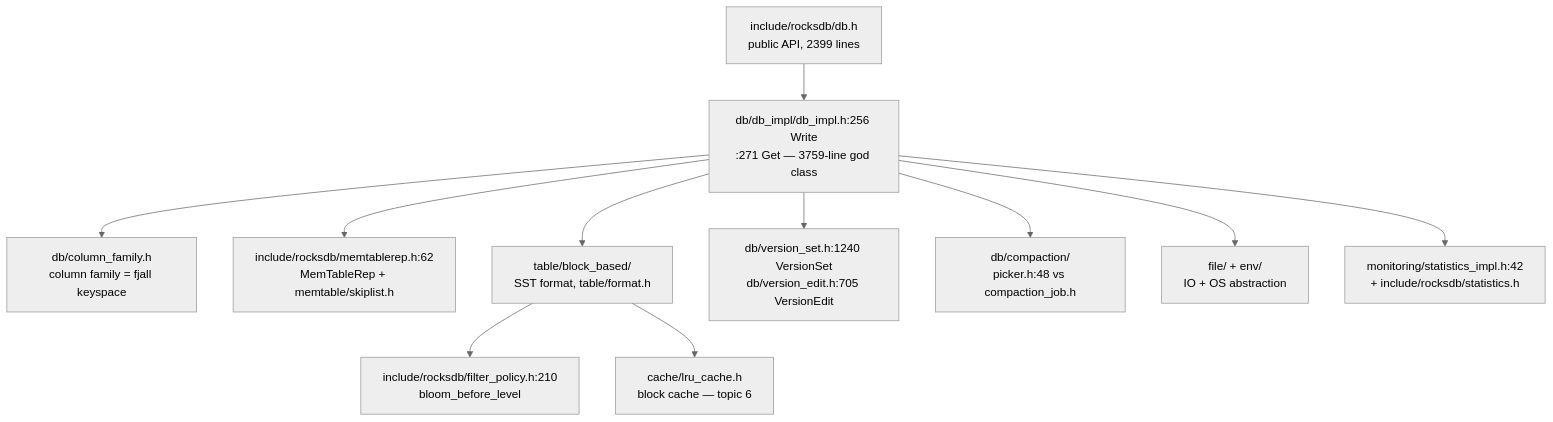
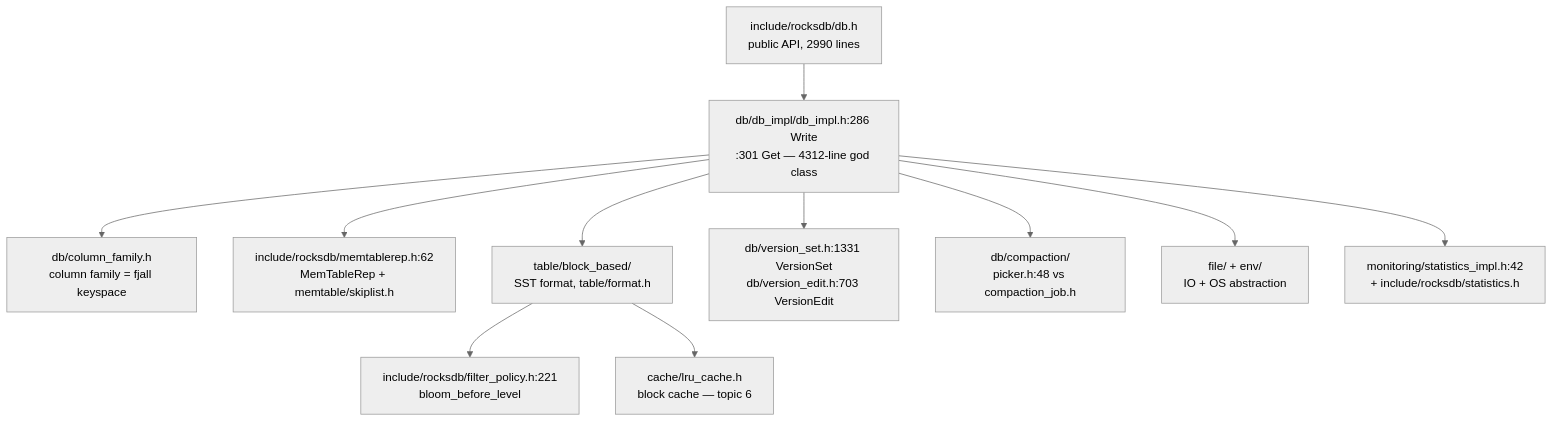
One commit to AviAvni/database-learning-path changed the diagram in topics/01-storage-engine-landscape/reading-rocksdb-layout.md. Above: the diagram before and after it, drawn with Mermaid (neutral theme). The commit also changed other lines of this file and 26 other files, not shown here.

````diff
--- a/topics/01-storage-engine-landscape/reading-rocksdb-layout.md
+++ b/topics/01-storage-engine-landscape/reading-rocksdb-layout.md
@@ -245,13 +254,13 @@
 ```mermaid
 flowchart TB
-    API["include/rocksdb/db.h<br/>public API, 2399 lines"] --> DBI["db/db_impl/db_impl.h:256 Write<br/>:271 Get — 3759-line god class"]
+    API["include/rocksdb/db.h<br/>public API, 2990 lines"] --> DBI["db/db_impl/db_impl.h:286 Write<br/>:301 Get — 4312-line god class"]
     DBI --> CF["db/column_family.h<br/>column family = fjall keyspace"]
     DBI --> MEM["include/rocksdb/memtablerep.h:62<br/>MemTableRep + memtable/skiplist.h"]
     DBI --> TAB["table/block_based/<br/>SST format, table/format.h"]
-    DBI --> VS["db/version_set.h:1240 VersionSet<br/>db/version_edit.h:705 VersionEdit"]
+    DBI --> VS["db/version_set.h:1331 VersionSet<br/>db/version_edit.h:703 VersionEdit"]
     DBI --> CMP["db/compaction/<br/>picker.h:48 vs compaction_job.h"]
-    TAB --> FILT["include/rocksdb/filter_policy.h:210<br/>bloom_before_level"]
+    TAB --> FILT["include/rocksdb/filter_policy.h:221<br/>bloom_before_level"]
     TAB --> CACHE["cache/lru_cache.h<br/>block cache — topic 6"]
     DBI --> FILE["file/ + env/<br/>IO + OS abstraction"]
     DBI --> MON["monitoring/statistics_impl.h:42<br/>+ include/rocksdb/statistics.h"]
 ```
````
